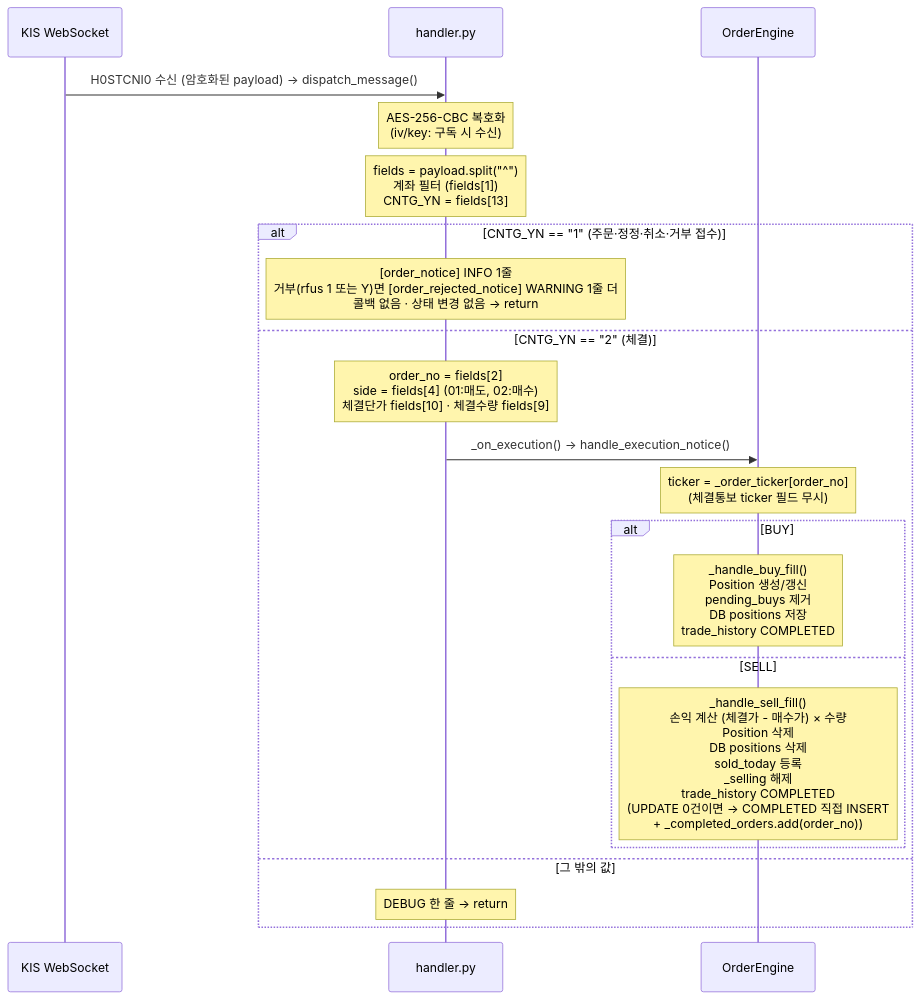
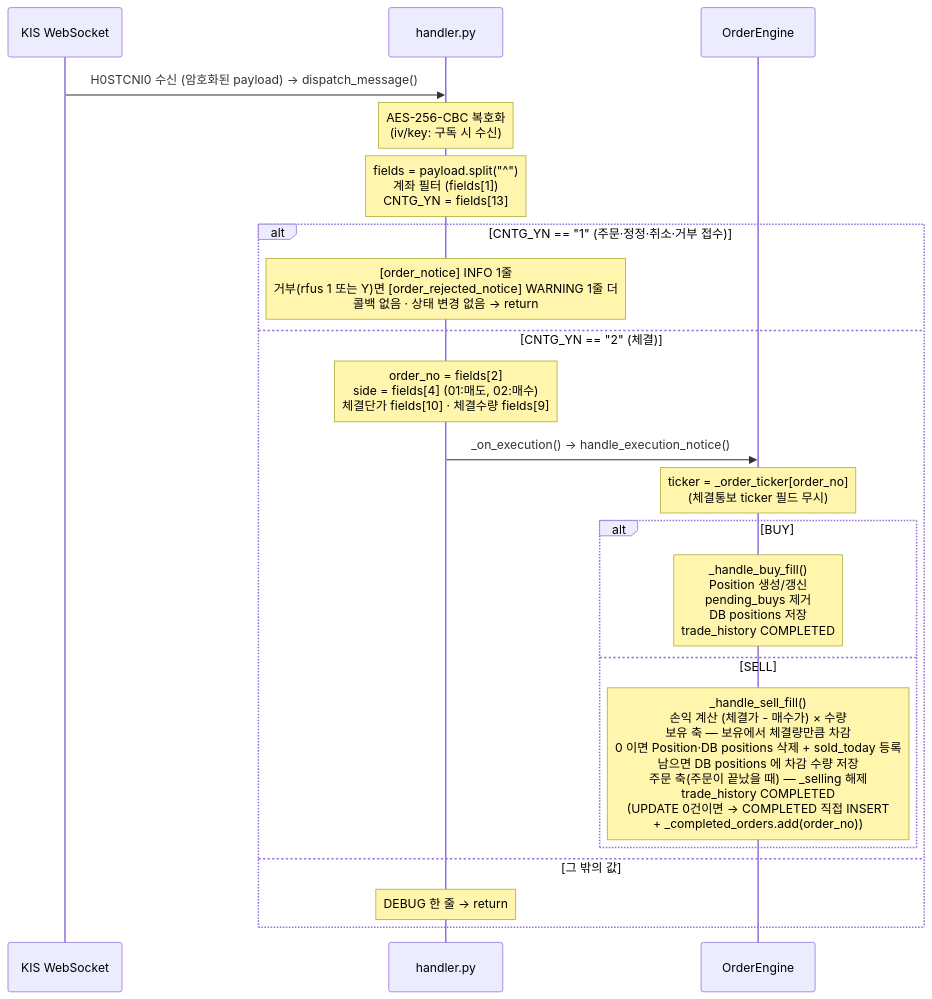
Before and after one commit to canduk910/auto_stock: the seventh of 26 diagrams in docs/architecture.md, drawn with Mermaid. The commit also changed other lines of this file and 44 other files, not shown here.

````diff
--- a/docs/architecture.md
+++ b/docs/architecture.md
@@ -442,24 +446,24 @@
 ```mermaid
 sequenceDiagram
     participant K as KIS WebSocket
     participant H as handler.py
     participant O as OrderEngine
 
     K->>H: H0STCNI0 수신 (암호화된 payload) → dispatch_message()
     Note over H: AES-256-CBC 복호화<br/>(iv/key: 구독 시 수신)
     Note over H: fields = payload.split("^")<br/>계좌 필터 (fields[1])<br/>CNTG_YN = fields[13]
     alt CNTG_YN == "1" (주문·정정·취소·거부 접수)
         Note over H: [order_notice] INFO 1줄<br/>거부(rfus 1 또는 Y)면 [order_rejected_notice] WARNING 1줄 더<br/>콜백 없음 · 상태 변경 없음 → return
     else CNTG_YN == "2" (체결)
         Note over H: order_no = fields[2]<br/>side = fields[4] (01:매도, 02:매수)<br/>체결단가 fields[10] · 체결수량 fields[9]
         H->>O: _on_execution() → handle_execution_notice()
         Note over O: ticker = _order_ticker[order_no]<br/>(체결통보 ticker 필드 무시)
         alt BUY
             Note over O: _handle_buy_fill()<br/>Position 생성/갱신<br/>pending_buys 제거<br/>DB positions 저장<br/>trade_history COMPLETED
         else SELL
-            Note over O: _handle_sell_fill()<br/>손익 계산 (체결가 - 매수가) × 수량<br/>Position 삭제<br/>DB positions 삭제<br/>sold_today 등록<br/>_selling 해제<br/>trade_history COMPLETED<br/>(UPDATE 0건이면 → COMPLETED 직접 INSERT<br/>+ _completed_orders.add(order_no))
+            Note over O: _handle_sell_fill()<br/>손익 계산 (체결가 - 매수가) × 수량<br/>보유 축 — 보유에서 체결량만큼 차감<br/>0 이면 Position·DB positions 삭제 + sold_today 등록<br/>남으면 DB positions 에 차감 수량 저장<br/>주문 축(주문이 끝났을 때) — _selling 해제<br/>trade_history COMPLETED<br/>(UPDATE 0건이면 → COMPLETED 직접 INSERT<br/>+ _completed_orders.add(order_no))
         end
     else 그 밖의 값
         Note over H: DEBUG 한 줄 → return
     end
 ```
````
